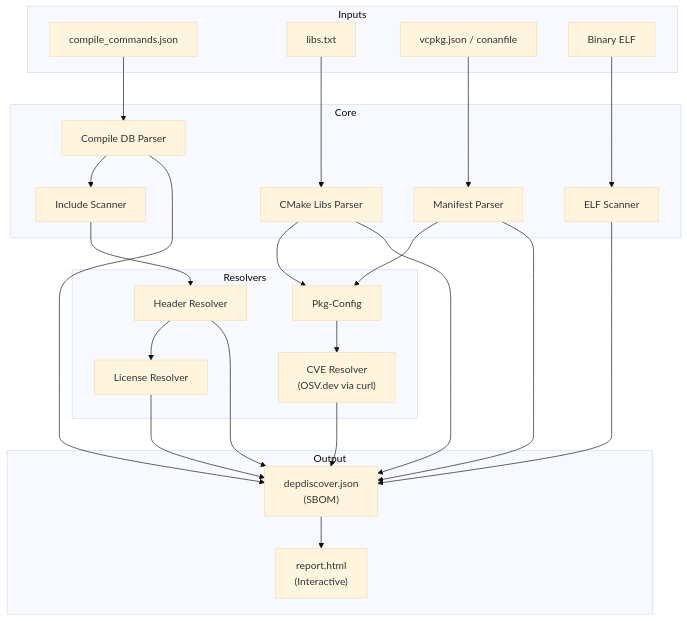
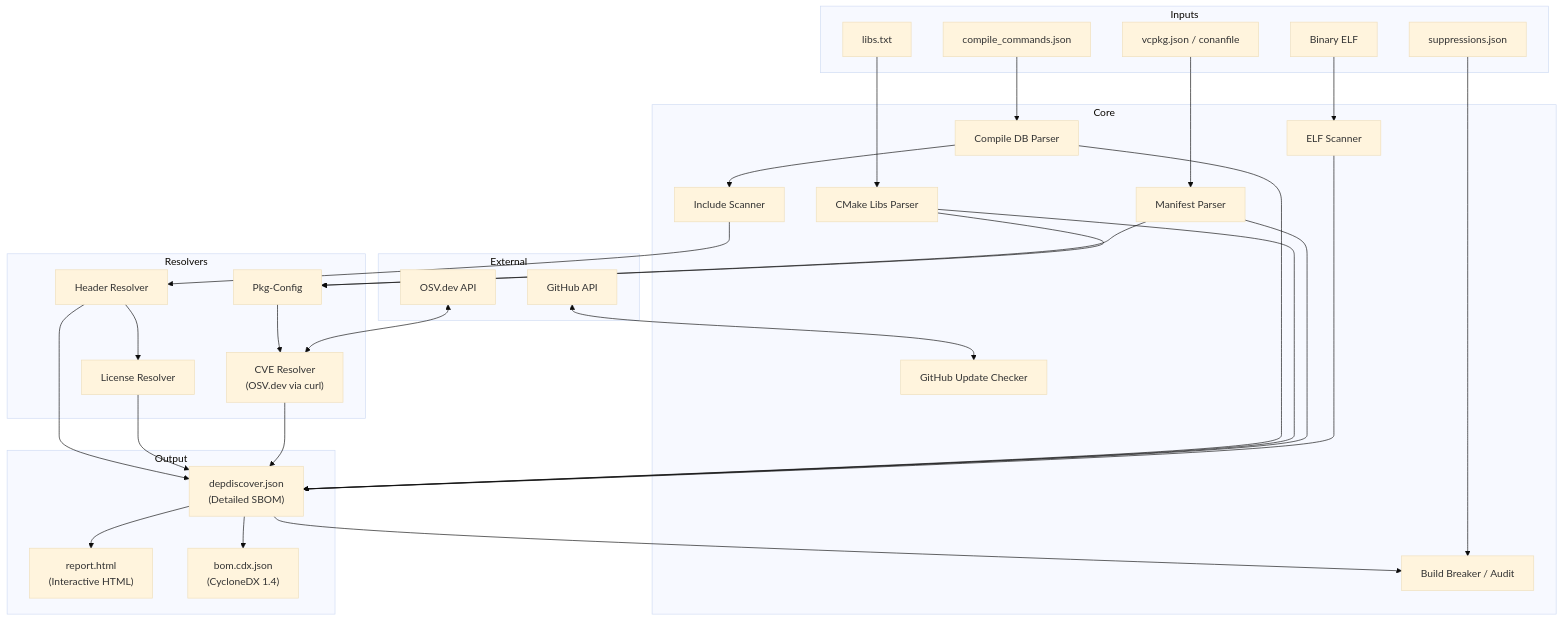
The diagram in README.md (Zheng-Bote/depdiscover), drawn with Mermaid (base theme) before and after one commit. The commit also changed other lines of this file and 33 other files, not shown here.

````diff
--- a/README.md
+++ b/README.md
@@ -77,46 +78,60 @@
 ```mermaid
 graph TD
+    subgraph External
+        GH[GitHub API]
+        OSV[OSV.dev API]
+    end
+
     subgraph Inputs
         CC[compile_commands.json]
         LIBS[libs.txt]
         MAN[vcpkg.json / conanfile]
         BIN[Binary ELF]
+        SUPP[suppressions.json]
     end
 
     subgraph Core
+        UC[GitHub Update Checker]
         P_CC[Compile DB Parser]
         P_CMAKE[CMake Libs Parser]
         P_MAN[Manifest Parser]
         S_ELF[ELF Scanner]
         S_INC[Include Scanner]
+        BB[Build Breaker / Audit]
     end
 
     subgraph Resolvers
         R_HEAD[Header Resolver]
         R_PKG[Pkg-Config]
         R_LIC[License Resolver]
         R_CVE["CVE Resolver<br>(OSV.dev via curl)"]
     end
 
     subgraph Output
-        JSON["depdiscover.json <br> (SBOM)"]
-        HTML["report.html <br> (Interactive)"]
+        JSON["depdiscover.json <br> (Detailed SBOM)"]
+        HTML["report.html <br> (Interactive HTML)"]
+        CDX["bom.cdx.json <br> (CycloneDX 1.4)"]
     end
 
+    GH <--> UC
     CC --> P_CC
     LIBS --> P_CMAKE
     MAN --> P_MAN
     BIN --> S_ELF
+    SUPP --> BB
 
     P_CC --> S_INC
     S_INC --> R_HEAD
 
     P_MAN --> R_PKG
     P_CMAKE --> R_PKG
 
     R_HEAD --> R_LIC
     R_PKG --> R_CVE
+    OSV <--> R_CVE
 
     P_CC & P_CMAKE & P_MAN & S_ELF & R_HEAD & R_LIC & R_CVE --> JSON
+    JSON --> BB
     JSON --> HTML
+    JSON --> CDX
 ```
````
